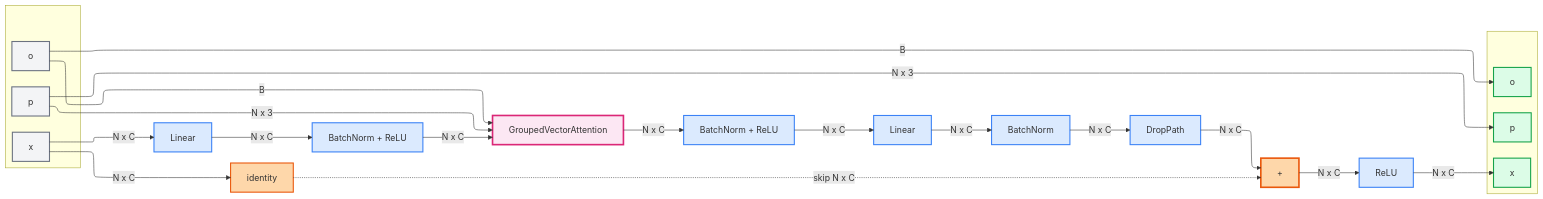
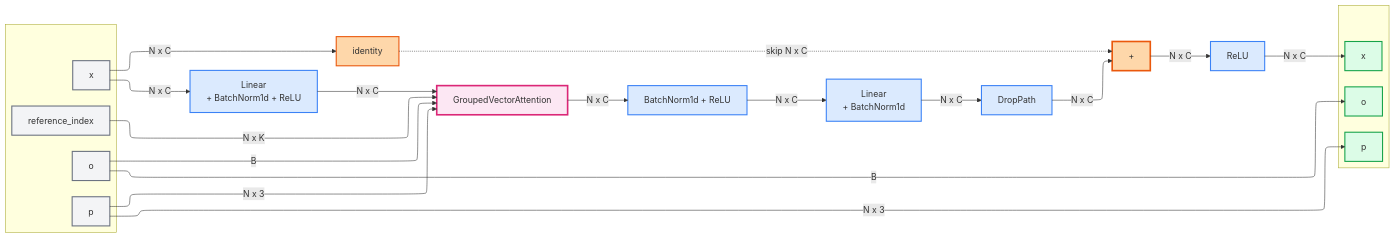
One commit to antoineach/antoineach.github.io changed the diagram in assets/img/poinTransformerV2/block.md. Above: the diagram before and after it, drawn with Mermaid.

````diff
--- a/assets/img/poinTransformerV2/block.md
+++ b/assets/img/poinTransformerV2/block.md
@@ -1,63 +1,62 @@
 ```mermaid
 ---
 config:
   layout: elk
 ---
 graph LR
     subgraph InputPXO[" "]
         p["p"]
         x["x"]
         o["o"]
+        ref["reference_index"]
     end
     
     x -->|N x C| Identity["identity"]
-    x -->|N x C| FC1["Linear"]
+    x -->|N x C| FC1["Linear<br>+ BatchNorm1d + ReLU"]
     
-    FC1 -->|N x C| Norm1["BatchNorm + ReLU"]
-    Norm1 -->|N x C| GVA["GroupedVectorAttention"]
+    FC1 -->|N x C| GVA["GroupedVectorAttention"]
     
     p -->|N x 3| GVA
     o -->|B| GVA
+    ref -->|N x K| GVA
     
-    GVA -->|N x C| Norm2["BatchNorm + ReLU"]
-    Norm2 -->|N x C| FC3["Linear"]
-    FC3 -->|N x C| Norm3["BatchNorm"]
+    GVA -->|N x C| Norm2["BatchNorm1d + ReLU"]
+    Norm2 -->|N x C| FC3["Linear<br>+ BatchNorm1d"]
     
-    Norm3 -->|N x C| DropPath["DropPath"]
+    FC3 -->|N x C| DropPath["DropPath"]
     DropPath -->|N x C| Add["+"]
     Identity -.skip N x C.-> Add
     
     Add -->|N x C| ReLU["ReLU"]
     
     subgraph OutputPXO[" "]
         pout["p"]
         xout["x"]
         oout["o"]
     end
     
     p -->|N x 3| pout
     ReLU -->|N x C| xout
     o -->|B| oout
     
     style p fill:#f3f4f6,stroke:#6b7280,stroke-width:2px
     style x fill:#f3f4f6,stroke:#6b7280,stroke-width:2px
     style o fill:#f3f4f6,stroke:#6b7280,stroke-width:2px
+    style ref fill:#f3f4f6,stroke:#6b7280,stroke-width:2px
     
     style Identity fill:#fed7aa,stroke:#ea580c,stroke-width:2px
     style FC1 fill:#dbeafe,stroke:#3b82f6,stroke-width:2px
-    style Norm1 fill:#dbeafe,stroke:#3b82f6,stroke-width:2px
     
     style GVA fill:#fce7f3,stroke:#db2777,stroke-width:3px
     
     style Norm2 fill:#dbeafe,stroke:#3b82f6,stroke-width:2px
     style FC3 fill:#dbeafe,stroke:#3b82f6,stroke-width:2px
-    style Norm3 fill:#dbeafe,stroke:#3b82f6,stroke-width:2px
     style DropPath fill:#dbeafe,stroke:#3b82f6,stroke-width:2px
     
     style Add fill:#fed7aa,stroke:#ea580c,stroke-width:3px
     style ReLU fill:#dbeafe,stroke:#3b82f6,stroke-width:2px
     
     style pout fill:#dcfce7,stroke:#16a34a,stroke-width:2px
     style xout fill:#dcfce7,stroke:#16a34a,stroke-width:2px
     style oout fill:#dcfce7,stroke:#16a34a,stroke-width:2px
 ```
````
